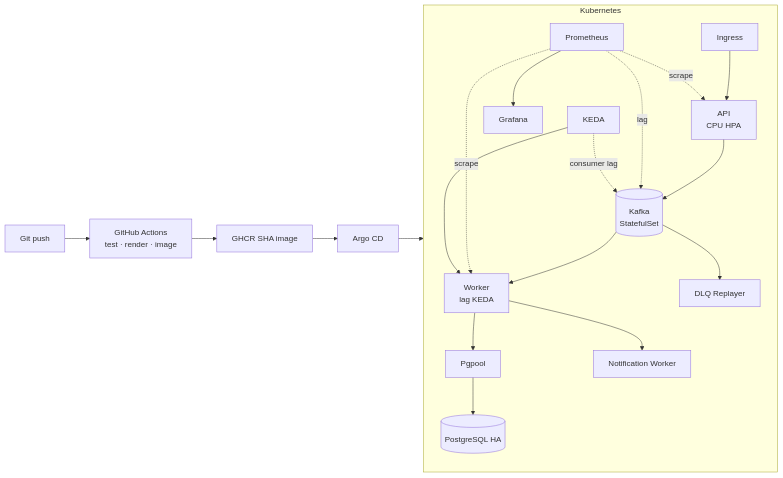
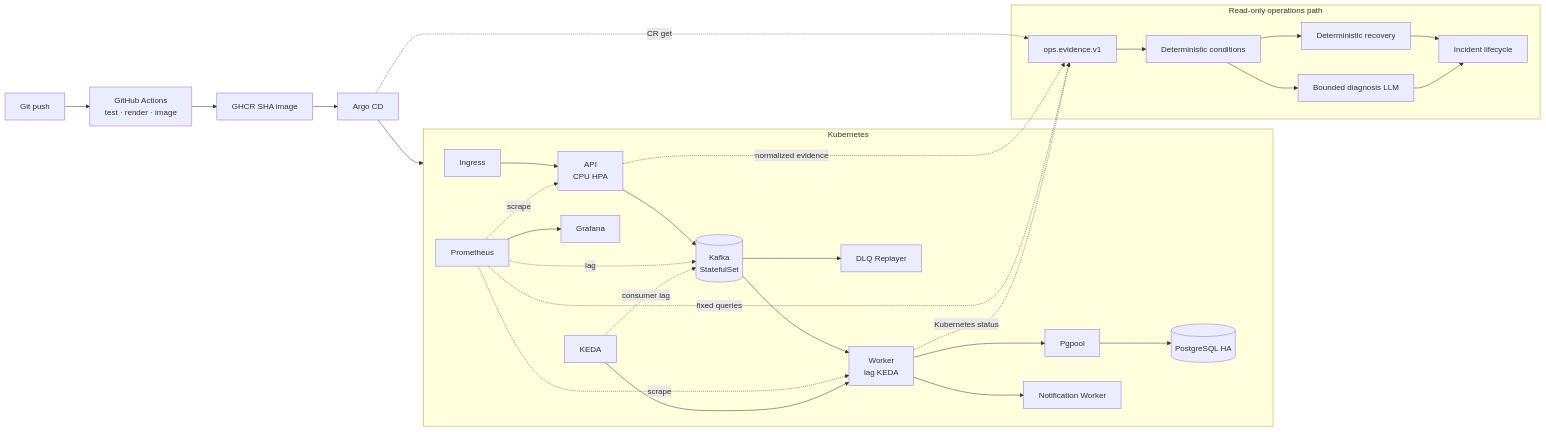
The diagram in README.md (Jangwanko/Cloud_portfolio), drawn with Mermaid before and after one commit. The commit also changed other lines of this file and 8 other files, not shown here.

Commit message:
docs: document verified incident lifecycle

````diff
--- a/README.md
+++ b/README.md
@@ -22,23 +36,39 @@
 ```mermaid
 flowchart LR
     Git[Git push] --> CI[GitHub Actions<br/>test · render · image]
     CI --> GHCR[GHCR SHA image]
     GHCR --> Argo[Argo CD]
 
     subgraph K8s[Kubernetes]
       Ingress[Ingress] --> API[API<br/>CPU HPA]
       API --> Kafka[(Kafka<br/>StatefulSet)]
       Kafka --> Worker[Worker<br/>lag KEDA]
       Worker --> Pool[Pgpool] --> DB[(PostgreSQL HA)]
       Worker --> Notify[Notification Worker]
       Kafka --> DLQ[DLQ Replayer]
       Metrics[Prometheus] -. scrape .-> API
       Metrics -. scrape .-> Worker
       Metrics -. lag .-> Kafka
       Metrics --> Grafana[Grafana]
       KEDA[KEDA] -. consumer lag .-> Kafka
       KEDA --> Worker
     end
 
     Argo --> K8s
+
+    subgraph Ops[Read-only operations path]
+      Evidence[ops.evidence.v1]
+      Conditions[Deterministic conditions]
+      Diagnosis[Bounded diagnosis LLM]
+      Recovery[Deterministic recovery]
+      Incident[Incident lifecycle]
+      Evidence --> Conditions --> Diagnosis
+      Conditions --> Recovery --> Incident
+      Diagnosis --> Incident
+    end
+
+    API -. normalized evidence .-> Evidence
+    Metrics -. fixed queries .-> Evidence
+    Worker -. Kubernetes status .-> Evidence
+    Argo -. CR get .-> Evidence
 ```
````
